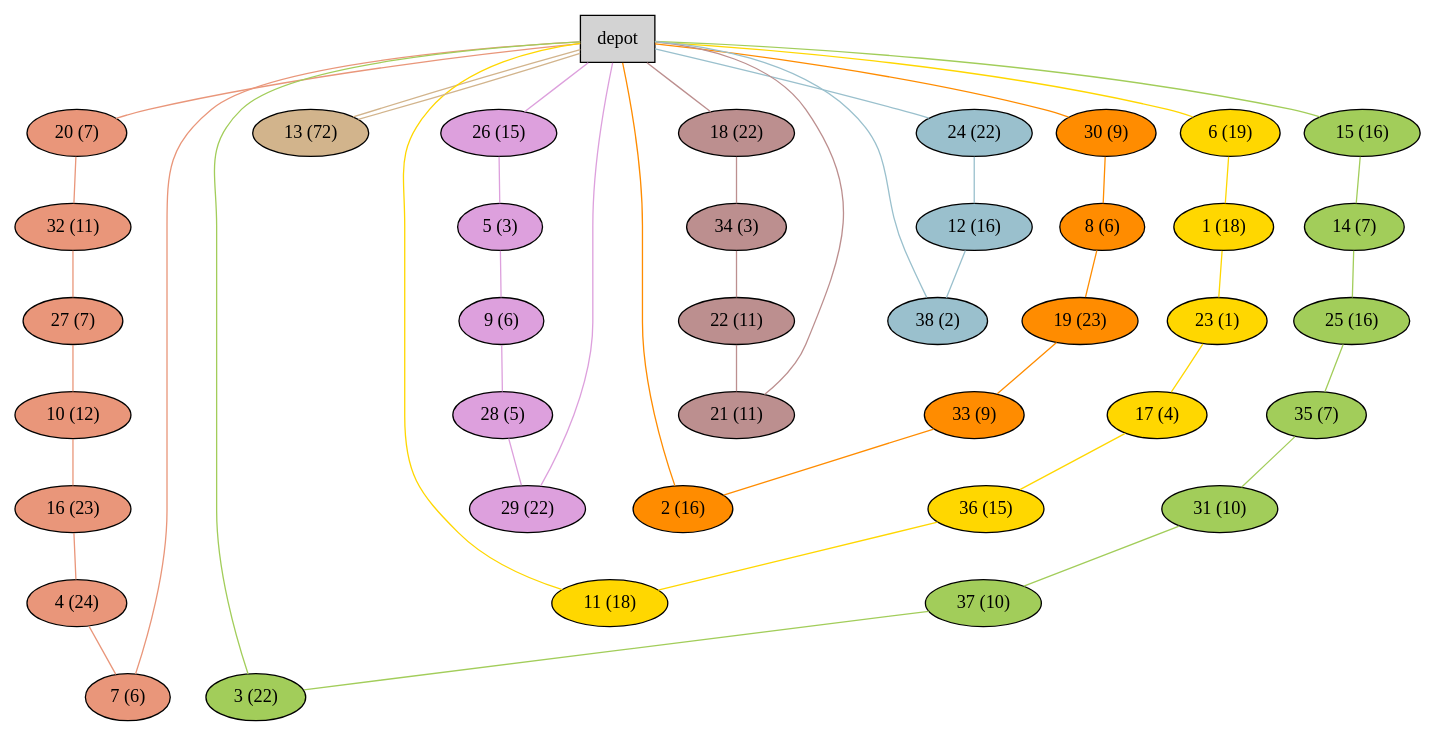
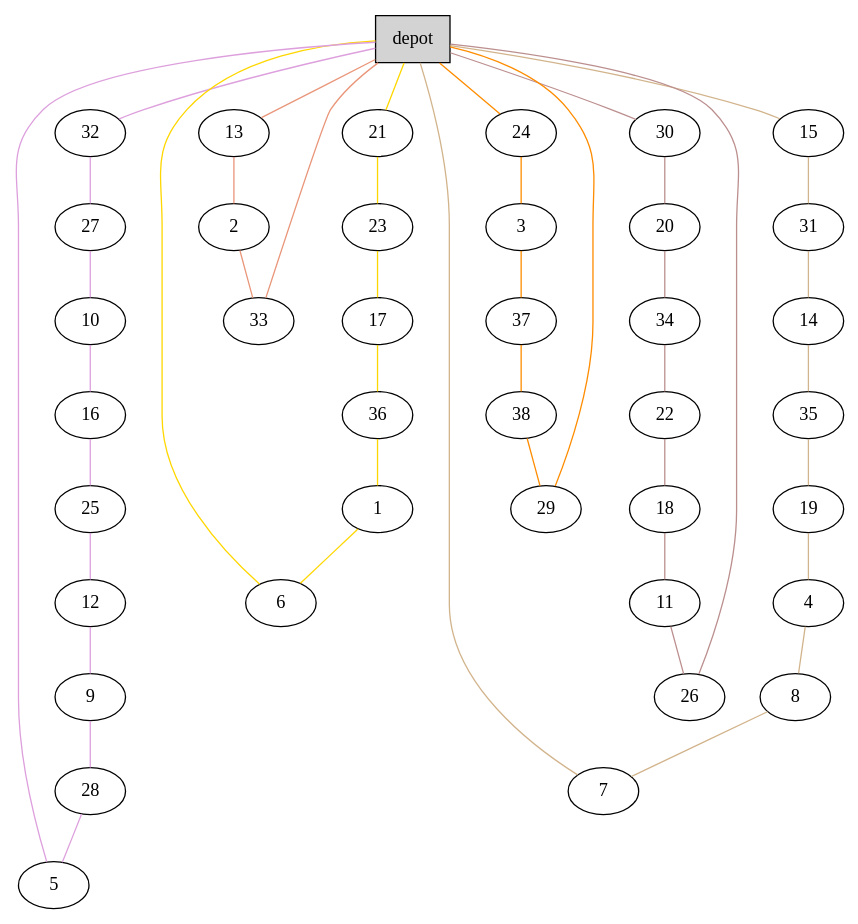
One commit to akheireddine/MAOA changed the diagram in Instances/A/plots_heuristics/A-n39-k6.vrp_G.dot. Above: the diagram before and after it, drawn with Graphviz. The commit also changed 329 other files, not shown here.

```diff
--- a/Instances/A/plots_heuristics/A-n39-k6.vrp_G.dot
+++ b/Instances/A/plots_heuristics/A-n39-k6.vrp_G.dot
@@ -1,87 +1,85 @@
 graph G {
   0[shape = box, label = "depot", style = filled ];
-  20[shape = ellipse, label = "20 (7)", style = filled , fillcolor = darksalmon ];
-  "0"--"20"[color = darksalmon];
-  32[shape = ellipse, label = "32 (11)", style = filled , fillcolor = darksalmon ];
-  "20"--"32"[color = darksalmon];
-  27[shape = ellipse, label = "27 (7)", style = filled , fillcolor = darksalmon ];
-  "32"--"27"[color = darksalmon];
-  10[shape = ellipse, label = "10 (12)", style = filled , fillcolor = darksalmon ];
-  "27"--"10"[color = darksalmon];
-  16[shape = ellipse, label = "16 (23)", style = filled , fillcolor = darksalmon ];
-  "10"--"16"[color = darksalmon];
-  4[shape = ellipse, label = "4 (24)", style = filled , fillcolor = darksalmon ];
-  "16"--"4"[color = darksalmon];
-  7[shape = ellipse, label = "7 (6)", style = filled , fillcolor = darksalmon ];
-  "4"--"7"[color = darksalmon];
-  "7"--"0"[color = darksalmon];
-  6[shape = ellipse, label = "6 (19)", style = filled , fillcolor = gold ];
-  "0"--"6"[color = gold];
-  1[shape = ellipse, label = "1 (18)", style = filled , fillcolor = gold ];
-  "6"--"1"[color = gold];
-  23[shape = ellipse, label = "23 (1)", style = filled , fillcolor = gold ];
-  "1"--"23"[color = gold];
-  17[shape = ellipse, label = "17 (4)", style = filled , fillcolor = gold ];
+  13[shape = ellipse];
+  "0"--"13"[color = darksalmon];
+  2[shape = ellipse];
+  "13"--"2"[color = darksalmon];
+  33[shape = ellipse];
+  "2"--"33"[color = darksalmon];
+  "33"--"0"[color = darksalmon];
+  21[shape = ellipse];
+  "0"--"21"[color = gold];
+  23[shape = ellipse];
+  "21"--"23"[color = gold];
+  17[shape = ellipse];
   "23"--"17"[color = gold];
-  36[shape = ellipse, label = "36 (15)", style = filled , fillcolor = gold ];
+  36[shape = ellipse];
   "17"--"36"[color = gold];
-  11[shape = ellipse, label = "11 (18)", style = filled , fillcolor = gold ];
-  "36"--"11"[color = gold];
-  "11"--"0"[color = gold];
-  26[shape = ellipse, label = "26 (15)", style = filled , fillcolor = plum ];
-  "0"--"26"[color = plum];
-  5[shape = ellipse, label = "5 (3)", style = filled , fillcolor = plum ];
-  "26"--"5"[color = plum];
-  9[shape = ellipse, label = "9 (6)", style = filled , fillcolor = plum ];
-  "5"--"9"[color = plum];
-  28[shape = ellipse, label = "28 (5)", style = filled , fillcolor = plum ];
+  1[shape = ellipse];
+  "36"--"1"[color = gold];
+  6[shape = ellipse];
+  "1"--"6"[color = gold];
+  "6"--"0"[color = gold];
+  32[shape = ellipse];
+  "0"--"32"[color = plum];
+  27[shape = ellipse];
+  "32"--"27"[color = plum];
+  10[shape = ellipse];
+  "27"--"10"[color = plum];
+  16[shape = ellipse];
+  "10"--"16"[color = plum];
+  25[shape = ellipse];
+  "16"--"25"[color = plum];
+  12[shape = ellipse];
+  "25"--"12"[color = plum];
+  9[shape = ellipse];
+  "12"--"9"[color = plum];
+  28[shape = ellipse];
   "9"--"28"[color = plum];
-  29[shape = ellipse, label = "29 (22)", style = filled , fillcolor = plum ];
-  "28"--"29"[color = plum];
-  "29"--"0"[color = plum];
-  13[shape = ellipse, label = "13 (72)", style = filled , fillcolor = tan ];
-  "0"--"13"[color = tan];
-  "13"--"0"[color = tan];
-  30[shape = ellipse, label = "30 (9)", style = filled , fillcolor = darkorange ];
-  "0"--"30"[color = darkorange];
-  8[shape = ellipse, label = "8 (6)", style = filled , fillcolor = darkorange ];
-  "30"--"8"[color = darkorange];
-  19[shape = ellipse, label = "19 (23)", style = filled , fillcolor = darkorange ];
-  "8"--"19"[color = darkorange];
-  33[shape = ellipse, label = "33 (9)", style = filled , fillcolor = darkorange ];
-  "19"--"33"[color = darkorange];
-  2[shape = ellipse, label = "2 (16)", style = filled , fillcolor = darkorange ];
-  "33"--"2"[color = darkorange];
-  "2"--"0"[color = darkorange];
-  18[shape = ellipse, label = "18 (22)", style = filled , fillcolor = rosybrown ];
-  "0"--"18"[color = rosybrown];
-  34[shape = ellipse, label = "34 (3)", style = filled , fillcolor = rosybrown ];
-  "18"--"34"[color = rosybrown];
-  22[shape = ellipse, label = "22 (11)", style = filled , fillcolor = rosybrown ];
+  5[shape = ellipse];
+  "28"--"5"[color = plum];
+  "5"--"0"[color = plum];
+  15[shape = ellipse];
+  "0"--"15"[color = tan];
+  31[shape = ellipse];
+  "15"--"31"[color = tan];
+  14[shape = ellipse];
+  "31"--"14"[color = tan];
+  35[shape = ellipse];
+  "14"--"35"[color = tan];
+  19[shape = ellipse];
+  "35"--"19"[color = tan];
+  4[shape = ellipse];
+  "19"--"4"[color = tan];
+  8[shape = ellipse];
+  "4"--"8"[color = tan];
+  7[shape = ellipse];
+  "8"--"7"[color = tan];
+  "7"--"0"[color = tan];
+  24[shape = ellipse];
+  "0"--"24"[color = darkorange];
+  3[shape = ellipse];
+  "24"--"3"[color = darkorange];
+  37[shape = ellipse];
+  "3"--"37"[color = darkorange];
+  38[shape = ellipse];
+  "37"--"38"[color = darkorange];
+  29[shape = ellipse];
+  "38"--"29"[color = darkorange];
+  "29"--"0"[color = darkorange];
+  30[shape = ellipse];
+  "0"--"30"[color = rosybrown];
+  20[shape = ellipse];
+  "30"--"20"[color = rosybrown];
+  34[shape = ellipse];
+  "20"--"34"[color = rosybrown];
+  22[shape = ellipse];
   "34"--"22"[color = rosybrown];
-  21[shape = ellipse, label = "21 (11)", style = filled , fillcolor = rosybrown ];
-  "22"--"21"[color = rosybrown];
-  "21"--"0"[color = rosybrown];
-  15[shape = ellipse, label = "15 (16)", style = filled , fillcolor = darkolivegreen3 ];
-  "0"--"15"[color = darkolivegreen3];
-  14[shape = ellipse, label = "14 (7)", style = filled , fillcolor = darkolivegreen3 ];
-  "15"--"14"[color = darkolivegreen3];
-  25[shape = ellipse, label = "25 (16)", style = filled , fillcolor = darkolivegreen3 ];
-  "14"--"25"[color = darkolivegreen3];
-  35[shape = ellipse, label = "35 (7)", style = filled , fillcolor = darkolivegreen3 ];
-  "25"--"35"[color = darkolivegreen3];
-  31[shape = ellipse, label = "31 (10)", style = filled , fillcolor = darkolivegreen3 ];
-  "35"--"31"[color = darkolivegreen3];
-  37[shape = ellipse, label = "37 (10)", style = filled , fillcolor = darkolivegreen3 ];
-  "31"--"37"[color = darkolivegreen3];
-  3[shape = ellipse, label = "3 (22)", style = filled , fillcolor = darkolivegreen3 ];
-  "37"--"3"[color = darkolivegreen3];
-  "3"--"0"[color = darkolivegreen3];
-  24[shape = ellipse, label = "24 (22)", style = filled , fillcolor = lightblue3 ];
-  "0"--"24"[color = lightblue3];
-  12[shape = ellipse, label = "12 (16)", style = filled , fillcolor = lightblue3 ];
-  "24"--"12"[color = lightblue3];
-  38[shape = ellipse, label = "38 (2)", style = filled , fillcolor = lightblue3 ];
-  "12"--"38"[color = lightblue3];
-  "38"--"0"[color = lightblue3];
+  18[shape = ellipse];
+  "22"--"18"[color = rosybrown];
+  11[shape = ellipse];
+  "18"--"11"[color = rosybrown];
+  26[shape = ellipse];
+  "11"--"26"[color = rosybrown];
+  "26"--"0"[color = rosybrown];
 }
```
